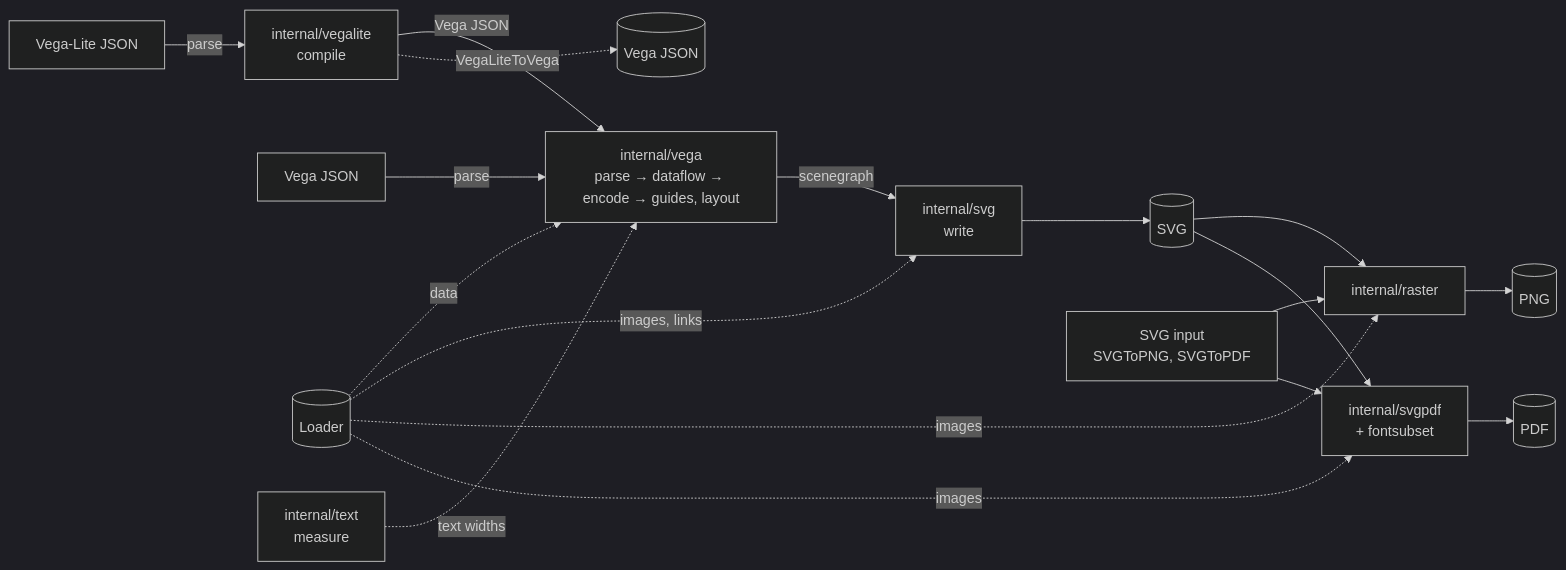
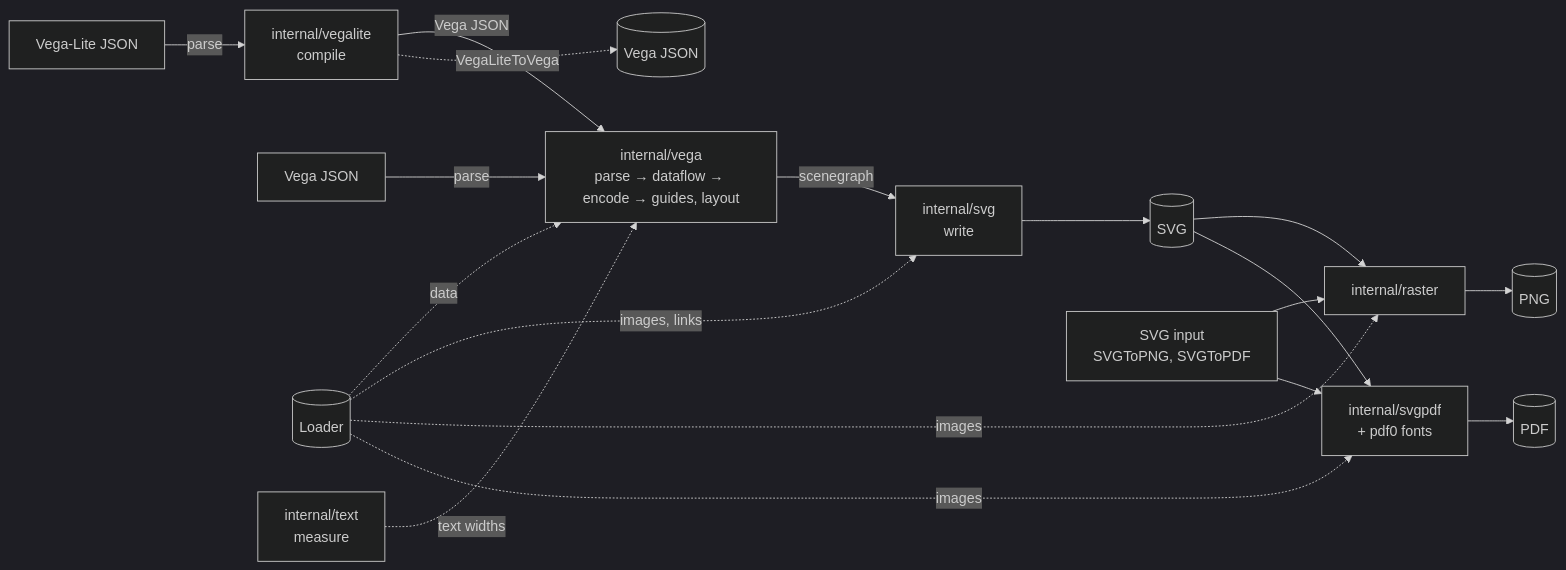
Before and after one commit to mgilbir/aster: the first of 3 diagrams in docs/architecture.md, drawn with Mermaid (dark theme). The commit also changed other lines of this file and 14 other files, not shown here.

````diff
--- a/docs/architecture.md
+++ b/docs/architecture.md
@@ -9,18 +9,18 @@
 ```mermaid
 flowchart LR
   VL["Vega-Lite JSON"] -->|parse| VLC["internal/vegalite<br/>compile"]
   VLC -->|Vega JSON| VG
   VLC -.->|VegaLiteToVega| OUTVG[("Vega JSON")]
   V["Vega JSON"] -->|parse| VG["internal/vega<br/>parse → dataflow → encode → guides, layout"]
   L[("Loader")] -.->|data| VG
   T["internal/text<br/>measure"] -.->|text widths| VG
   VG -->|scenegraph| S["internal/svg<br/>write"]
   L -.->|images, links| S
   S --> OSVG[("SVG")]
   OSVG --> R["internal/raster"] --> PNG[("PNG")]
-  OSVG --> P["internal/svgpdf<br/>+ fontsubset"] --> PDF[("PDF")]
+  OSVG --> P["internal/svgpdf<br/>+ pdf0 fonts"] --> PDF[("PDF")]
   L -.->|images| R
   L -.->|images| P
   SVGIN["SVG input<br/>SVGToPNG, SVGToPDF"] --> R
   SVGIN --> P
 ```
````
